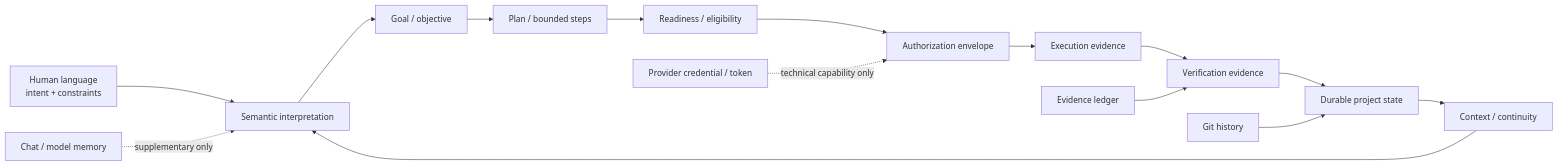
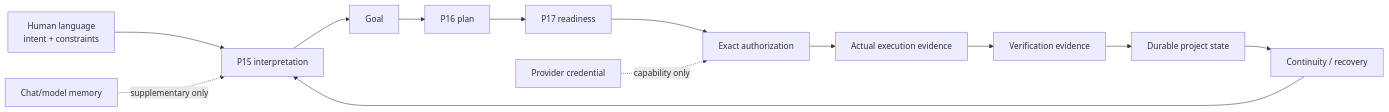
One commit to zzpsah/chatgpt-development-os changed the second of 4 diagrams in docs/DEVOS-MASTER-ENGINEERING-MAP.md. Above: the diagram before and after it, drawn with Mermaid. The commit also changed other lines of this file, not shown here.

Commit message:
Make canonical master architecture enforce living engineering map

````diff
--- a/docs/DEVOS-MASTER-ENGINEERING-MAP.md
+++ b/docs/DEVOS-MASTER-ENGINEERING-MAP.md
@@ -113,18 +110,15 @@
 ```mermaid
 flowchart LR
-    N[Human language<br/>intent + constraints] --> I[Semantic interpretation]
-    I --> G[Goal / objective]
-    G --> P[Plan / bounded steps]
-    P --> R[Readiness / eligibility]
-    R --> A[Authorization envelope]
-    A --> X[Execution evidence]
+    N[Human language<br/>intent + constraints] --> I[P15 interpretation]
+    I --> G[Goal]
+    G --> P[P16 plan]
+    P --> R[P17 readiness]
+    R --> A[Exact authorization]
+    A --> X[Actual execution evidence]
     X --> V[Verification evidence]
     V --> D[Durable project state]
-    D --> C[Context / continuity]
+    D --> C[Continuity / recovery]
     C --> I
-
-    K[Provider credential / token] -. technical capability only .-> A
-    M[Chat / model memory] -. supplementary only .-> I
-    H[Git history] --> D
-    E[Evidence ledger] --> V
+    K[Provider credential] -. capability only .-> A
+    M[Chat/model memory] -. supplementary only .-> I
 ```
````
